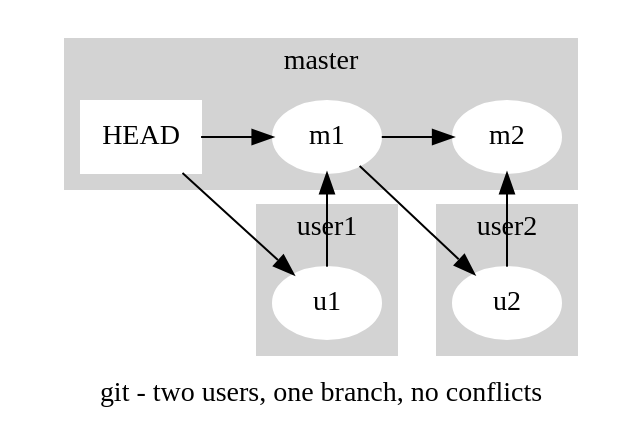
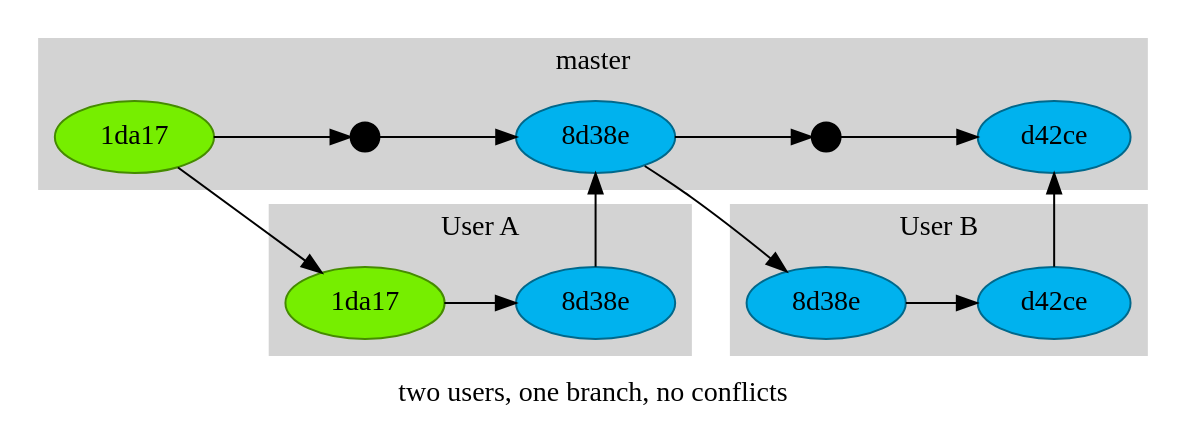
One commit to 13rac1/talk-git2 changed the diagram in graphs/incorrect-no-conflict.dot. Above: the diagram before and after it, drawn with Graphviz. The commit also changed 2 other files, not shown here.

```diff
--- a/graphs/incorrect-no-conflict.dot
+++ b/graphs/incorrect-no-conflict.dot
@@ -1,31 +1,36 @@
 digraph git {
-	splines=line
 	rankdir=LR
-	label="git - two users, one branch, no conflicts"
-	node [style=filled,color=white]
+	label="two users, one branch, no conflicts"
+	node [style=filled, color=deepskyblue4, fillcolor=deepskyblue2]
 
 	subgraph cluster_master {
 		label = "master"
 		style=filled
 		color=lightgrey
 
-		HEAD -> m1 -> m2
-		HEAD [shape=box, style=filled, color=white]
+		m0 -> m1 -> m2 -> m3 -> m4
+		m0 [label="1da17", color=chartreuse4, fillcolor=chartreuse2]
+		m1 [shape=point, color=black, fillcolor=black, height=.2, width=.2]
+		m2 [label="8d38e"]
+		m3 [shape=point, color=black, fillcolor=black, height=.2, width=.2]
+		m4 [label="d42ce"]
 	}
 	subgraph cluster_0 {
-		label="user1"
+		label="User A"
 		style=filled
 		color=lightgrey
 
-		HEAD -> u1
-		u1 -> m1
+		m0 -> a0 -> a1 -> m2
+		a0 [label="1da17", color=chartreuse4, fillcolor=chartreuse2]
+		a1 [label="8d38e"]
 	}
 	subgraph cluster_1 {
-		label="user2"
+		label="User B"
 		style=filled
 		color=lightgrey
 
-		m1 -> u2
-		u2 -> m2
+		m2 -> b0 -> b1 -> m4
+		b0 [label="8d38e"]
+		b1 [label="d42ce"]
 	}
 }
```
